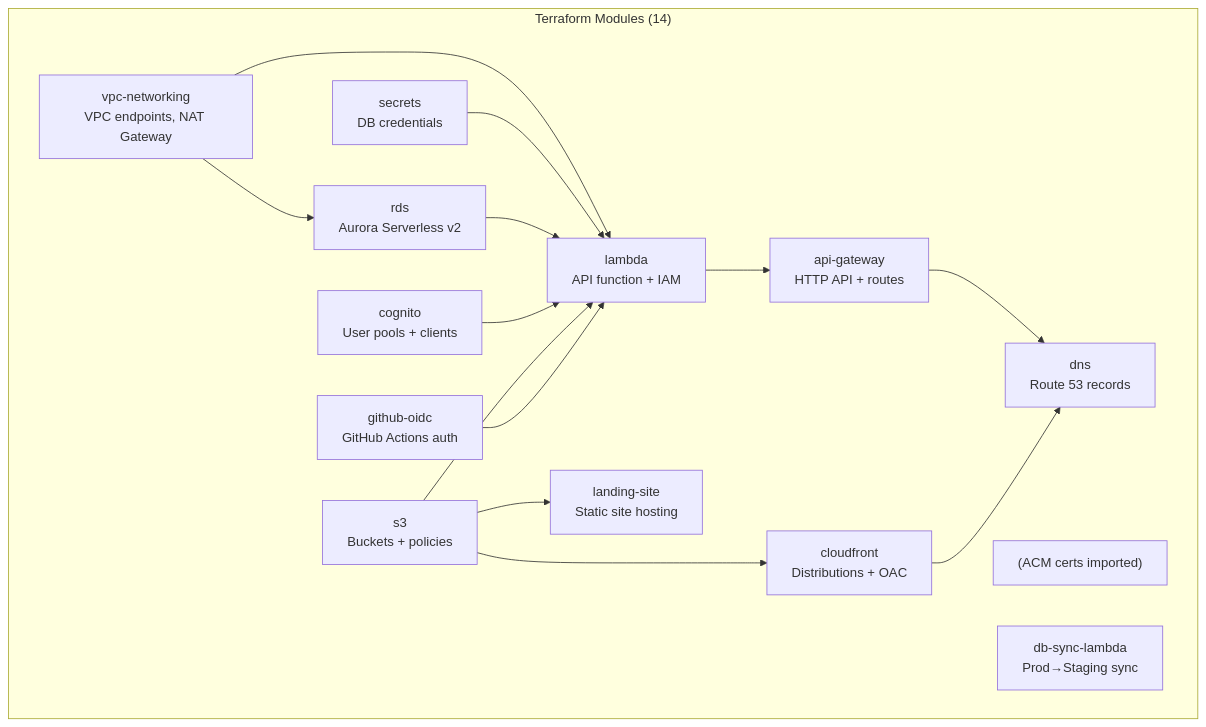
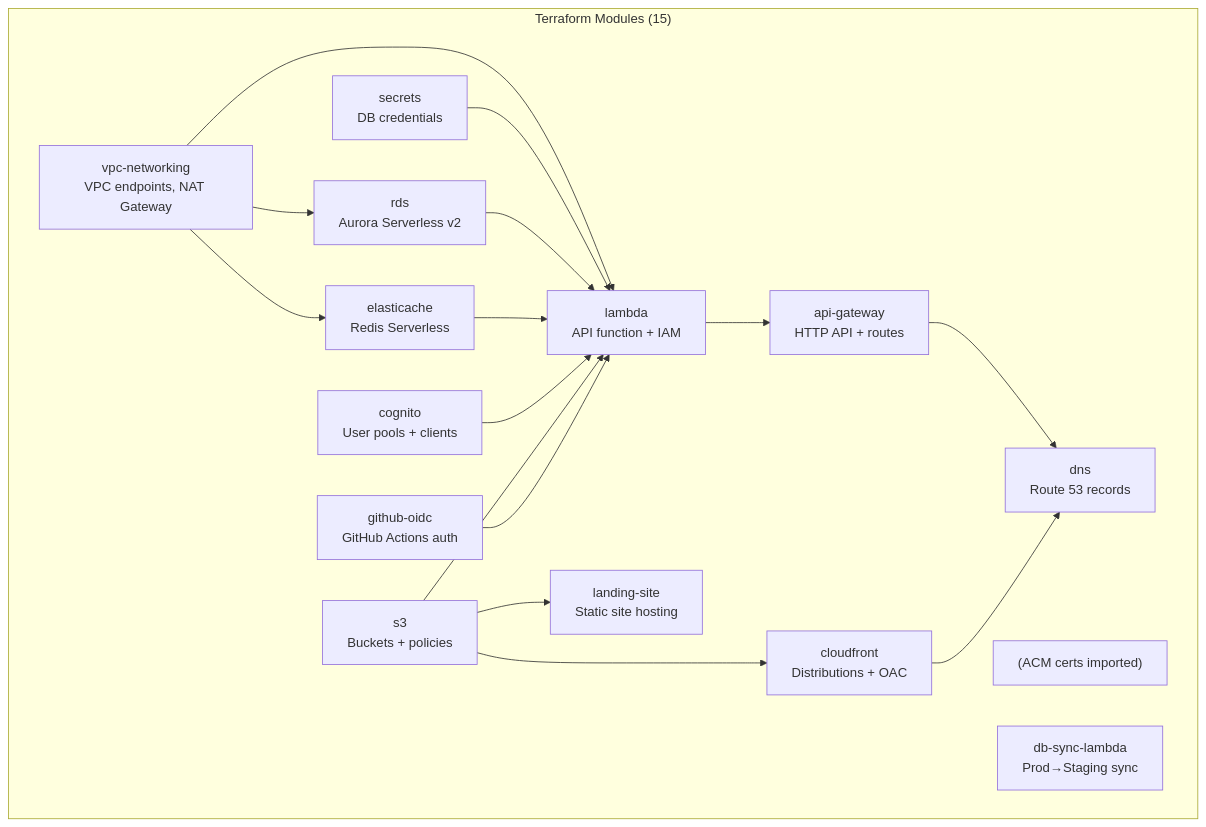
The first of 10 diagrams in docs/ARCHITECTURE.md (markthebest12/bluemoxon), drawn with Mermaid before and after one commit. The commit also changed other lines of this file and 7 other files, not shown here.

````diff
--- a/docs/ARCHITECTURE.md
+++ b/docs/ARCHITECTURE.md
@@ -77,35 +82,38 @@
 ```mermaid
 flowchart TD
-    subgraph Modules["Terraform Modules (14)"]
+    subgraph Modules["Terraform Modules (15)"]
         VPC["vpc-networking<br/>VPC endpoints, NAT Gateway"]
         DNS["dns<br/>Route 53 records"]
         ACM["(ACM certs imported)"]
 
         S3["s3<br/>Buckets + policies"]
         CF["cloudfront<br/>Distributions + OAC"]
         Landing["landing-site<br/>Static site hosting"]
 
         Cognito["cognito<br/>User pools + clients"]
         Secrets["secrets<br/>DB credentials"]
         RDS["rds<br/>Aurora Serverless v2"]
+        Redis["elasticache<br/>Redis Serverless"]
 
         Lambda["lambda<br/>API function + IAM"]
         APIGW["api-gateway<br/>HTTP API + routes"]
         DBSync["db-sync-lambda<br/>Prod→Staging sync"]
 
         OIDC["github-oidc<br/>GitHub Actions auth"]
     end
 
     VPC --> RDS
+    VPC --> Redis
     VPC --> Lambda
     Secrets --> Lambda
     RDS --> Lambda
+    Redis --> Lambda
     Cognito --> Lambda
     S3 --> Lambda
     S3 --> CF
     S3 --> Landing
     Lambda --> APIGW
     APIGW --> DNS
     CF --> DNS
     OIDC --> Lambda
 ```
````
